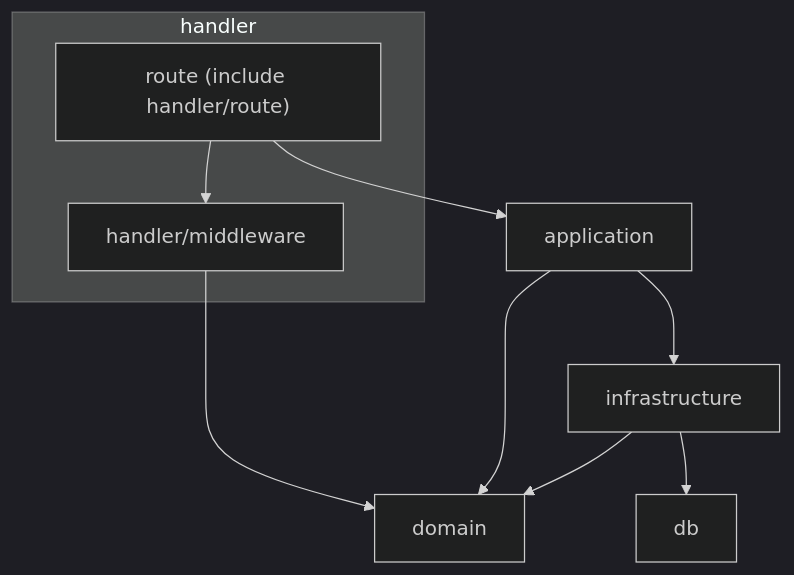
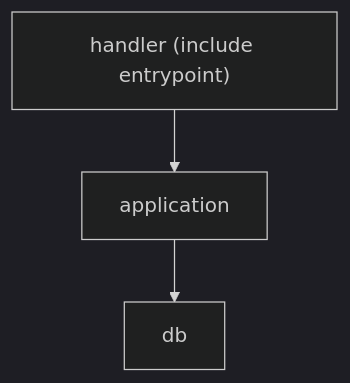
The first of 2 diagrams in products/backend/README.md (Myxogastria0808/pay-crew), drawn with Mermaid (dark theme) before and after one commit. The commit also changed other lines of this file and 8 other files, not shown here.

````diff
--- a/products/backend/README.md
+++ b/products/backend/README.md
@@ -50,20 +46,8 @@
 ```mermaid
 flowchart TD
-    subgraph handler
-        route["route (include handler/route)"]
-        middleware["handler/middleware"]
-    end
-    application["application"]
-    infrastructure["infrastructure"]
-    db["db"]
-    domain["domain"]
-
-    route --> middleware
-    route --> application
-    application --> infrastructure
-    infrastructure --> db
-
-    middleware --> domain
-    application --> domain
-    infrastructure --> domain
+  handler["handler (include entrypoint)"]
+  application["application"]
+  db["db"]
+  handler --> application
+  application --> db
 ```
````
